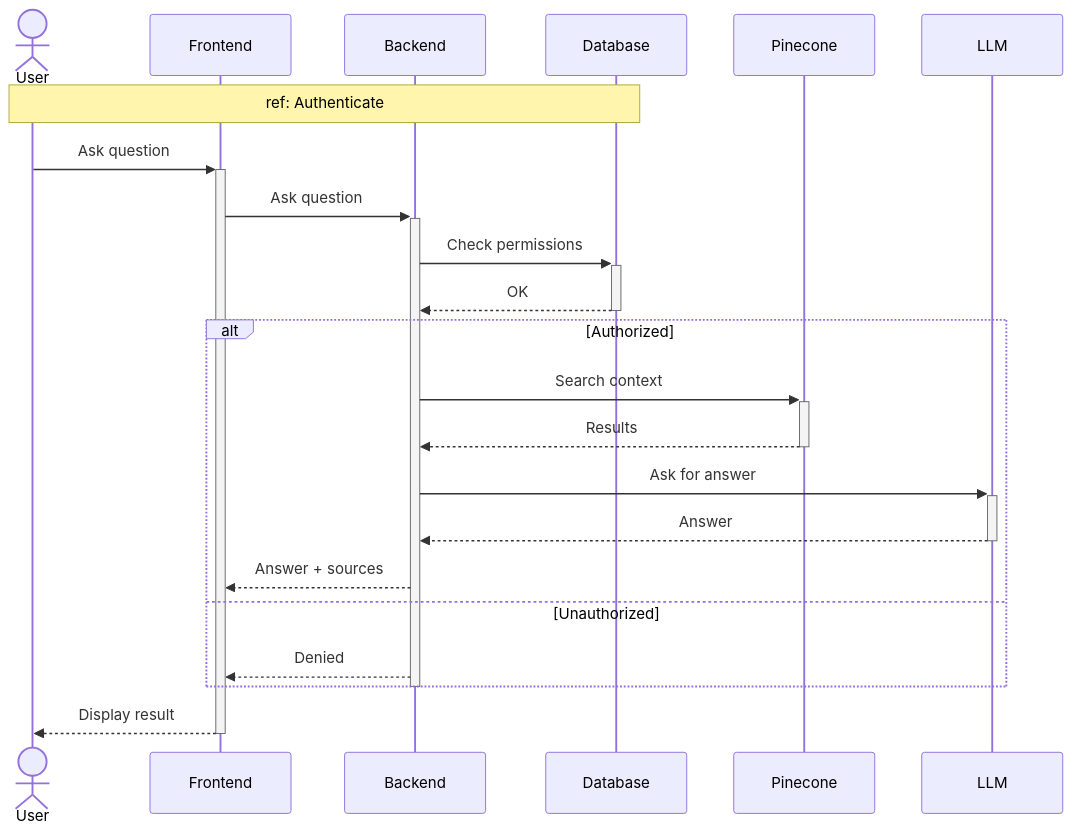
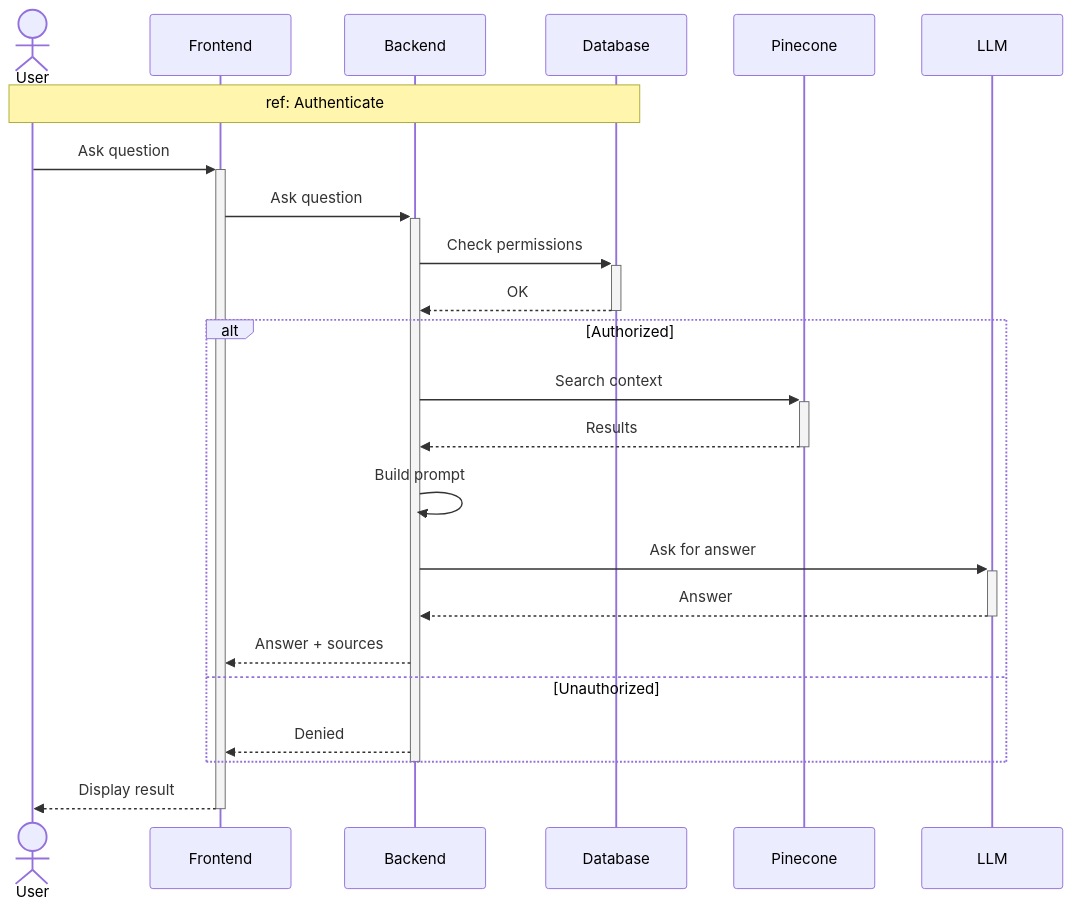
One commit to MohamedChebbi123/teamnest changed diagram 14 of 16 in docs/SEQUENCE_DIAGRAMS.md. Above: the diagram before and after it, drawn with Mermaid. The commit also changed other lines of this file, not shown here.

````diff
--- a/docs/SEQUENCE_DIAGRAMS.md
+++ b/docs/SEQUENCE_DIAGRAMS.md
@@ -533,27 +539,28 @@
 ```mermaid
 sequenceDiagram
     actor User
     participant FE as Frontend
     participant API as Backend
     participant DB as Database
     participant Vec as Pinecone
     participant LLM
 
     Note over User,DB: ref: Authenticate
 
     User->>+FE: Ask question
     FE->>+API: Ask question
     API->>+DB: Check permissions
     DB-->>-API: OK
     alt Authorized
         API->>+Vec: Search context
         Vec-->>-API: Results
+        API->>API: Build prompt
         API->>+LLM: Ask for answer
         LLM-->>-API: Answer
         API-->>FE: Answer + sources
     else Unauthorized
         API-->>FE: Denied
     end
     deactivate API
     FE-->>-User: Display result
 ```
````
